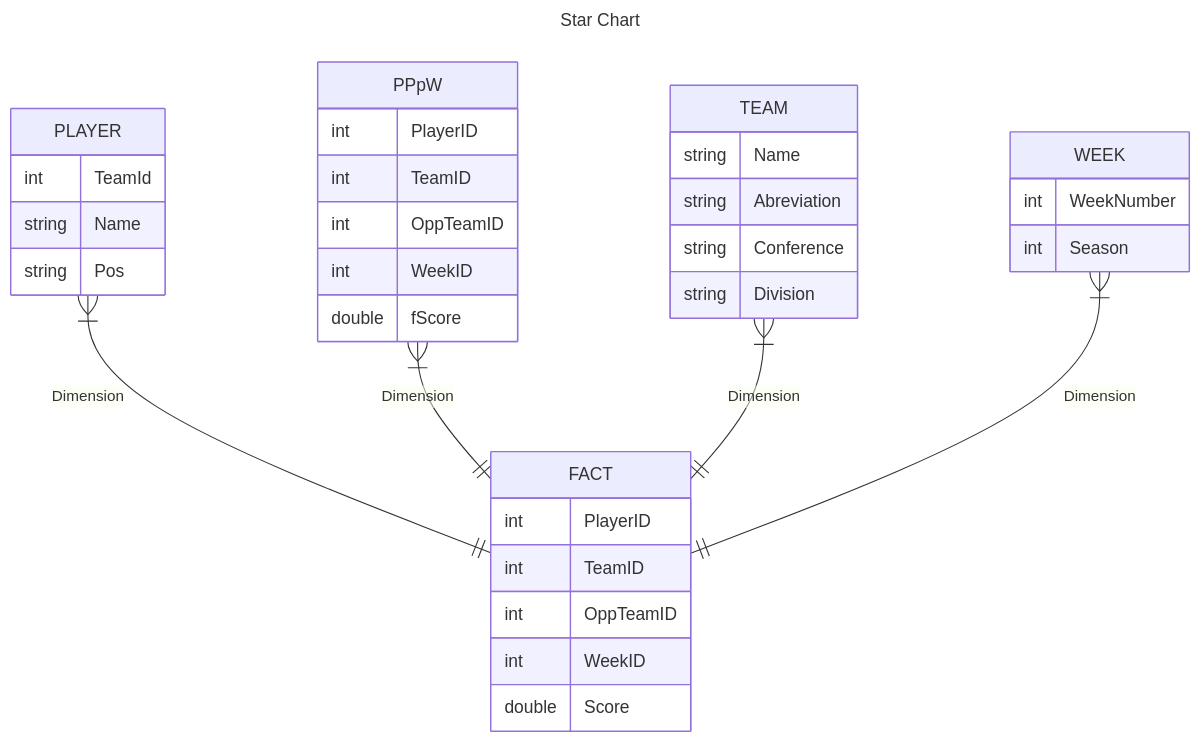
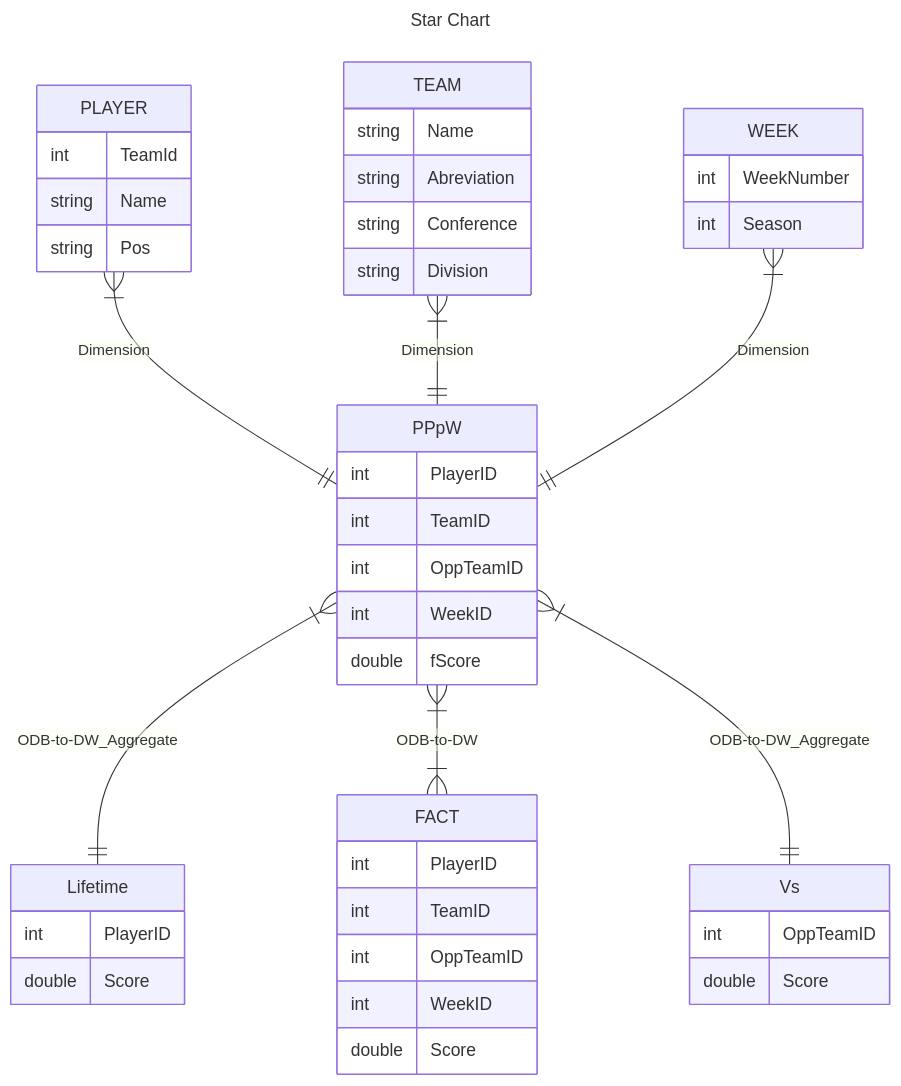
One commit to narekb8/INFSCI-1540-Project changed the diagram in README.md. Above: the diagram before and after it, drawn with Mermaid.

````diff
--- a/README.md
+++ b/README.md
@@ -24,39 +24,49 @@
 ```mermaid
 ---
 title: Star Chart
 ---
 erDiagram
-  PLAYER }|--|| FACT: Dimension
+  PLAYER }|--|| PPpW: Dimension
   PLAYER {
     int TeamId
     string Name
     string Pos
   }
-  PPpW }|--|| FACT: Dimension
   PPpW {
     int PlayerID
     int TeamID
     int OppTeamID
     int WeekID
     double fScore
   }
   FACT {
     int PlayerID
     int TeamID
     int OppTeamID
     int WeekID
     double Score
   }
-  TEAM }|--|| FACT: Dimension
+  TEAM }|--|| PPpW: Dimension
   TEAM {
     string Name
     string Abreviation
     string Conference
     string Division
   }
-  WEEK }|--|| FACT: Dimension
+  WEEK }|--|| PPpW: Dimension
   WEEK {
     int WeekNumber
     int Season
   }
+  PPpW}|--|| Lifetime: ODB-to-DW_Aggregate
+  Lifetime {
+    int PlayerID
+    double Score
+  }
+  PPpW }|--|{ FACT: ODB-to-DW
+  PPpW}|--|| Vs: ODB-to-DW_Aggregate
+  Vs {
+    int OppTeamID
+    double Score
+  }
 ```
````
